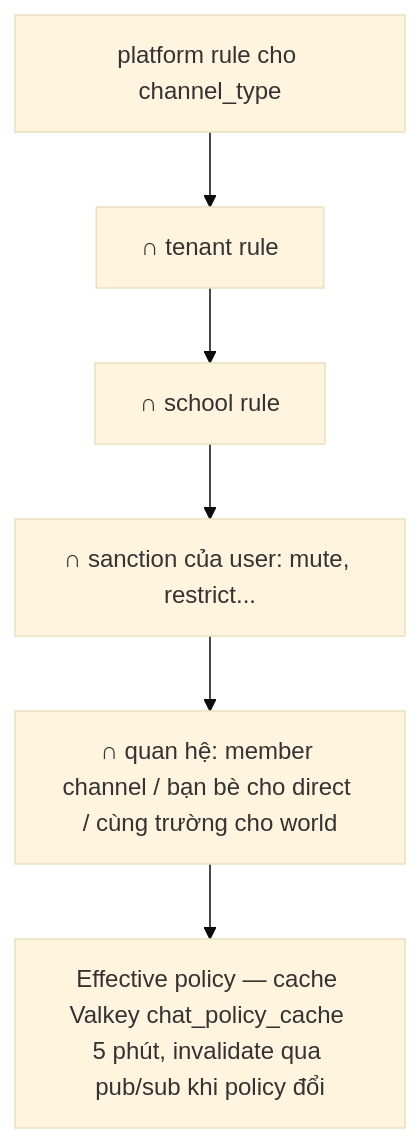
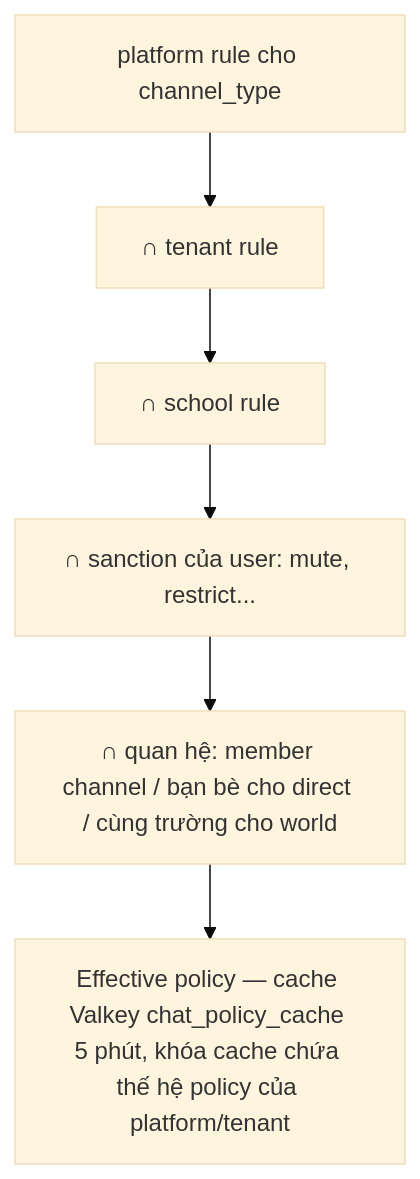
Before and after one commit to tanguyen2020/eduworld-platform: the first of 4 diagrams in docs/03-social-multiplayer/CHAT_SYSTEM.md, drawn with Mermaid (base theme). The commit also changed other lines of this file and 115 other files, not shown here.

````diff
--- a/docs/03-social-multiplayer/CHAT_SYSTEM.md
+++ b/docs/03-social-multiplayer/CHAT_SYSTEM.md
@@ -71,8 +71,8 @@
 ```mermaid
 flowchart TD
   A[platform rule cho channel_type] --> B[∩ tenant rule]
   B --> C[∩ school rule]
   C --> E["∩ sanction của user: mute, restrict..."]
   E --> F["∩ quan hệ: member channel / bạn bè cho direct / cùng trường cho world"]
-  F --> G[Effective policy — cache Valkey chat_policy_cache 5 phút, invalidate qua pub/sub khi policy đổi]
+  F --> G[Effective policy — cache Valkey chat_policy_cache 5 phút, khóa cache chứa thế hệ policy của platform/tenant]
 ```
````
